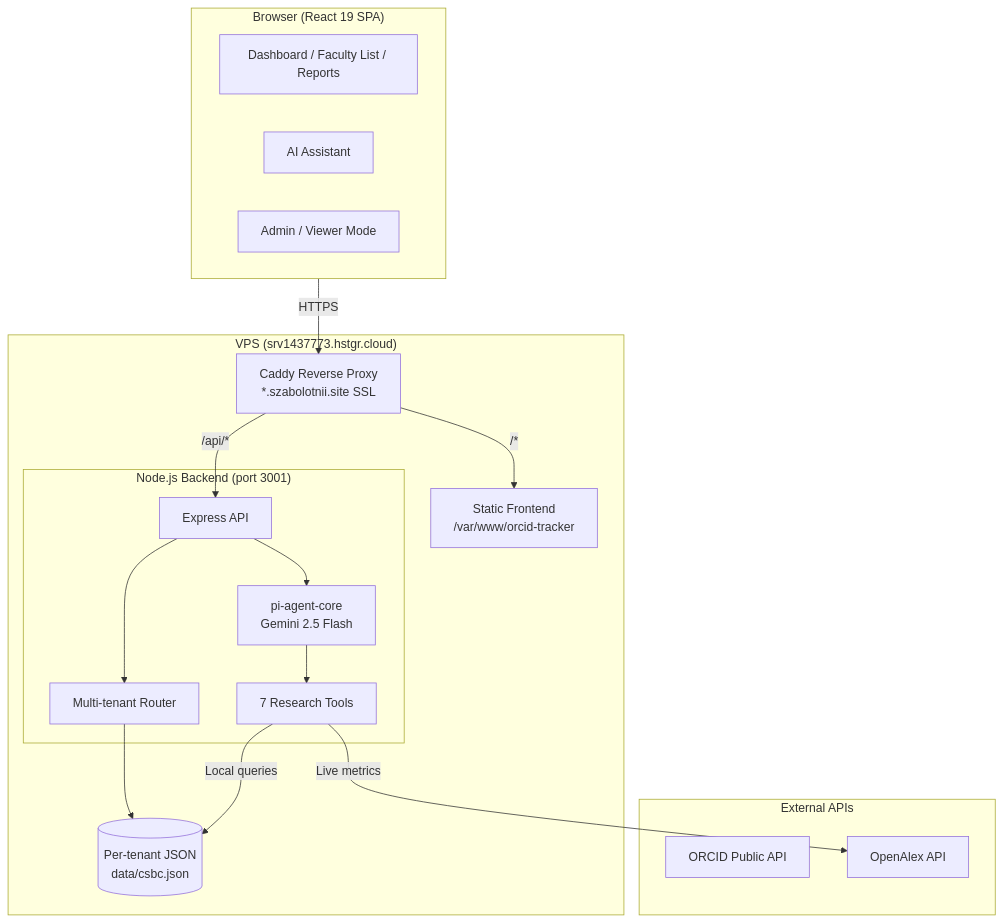
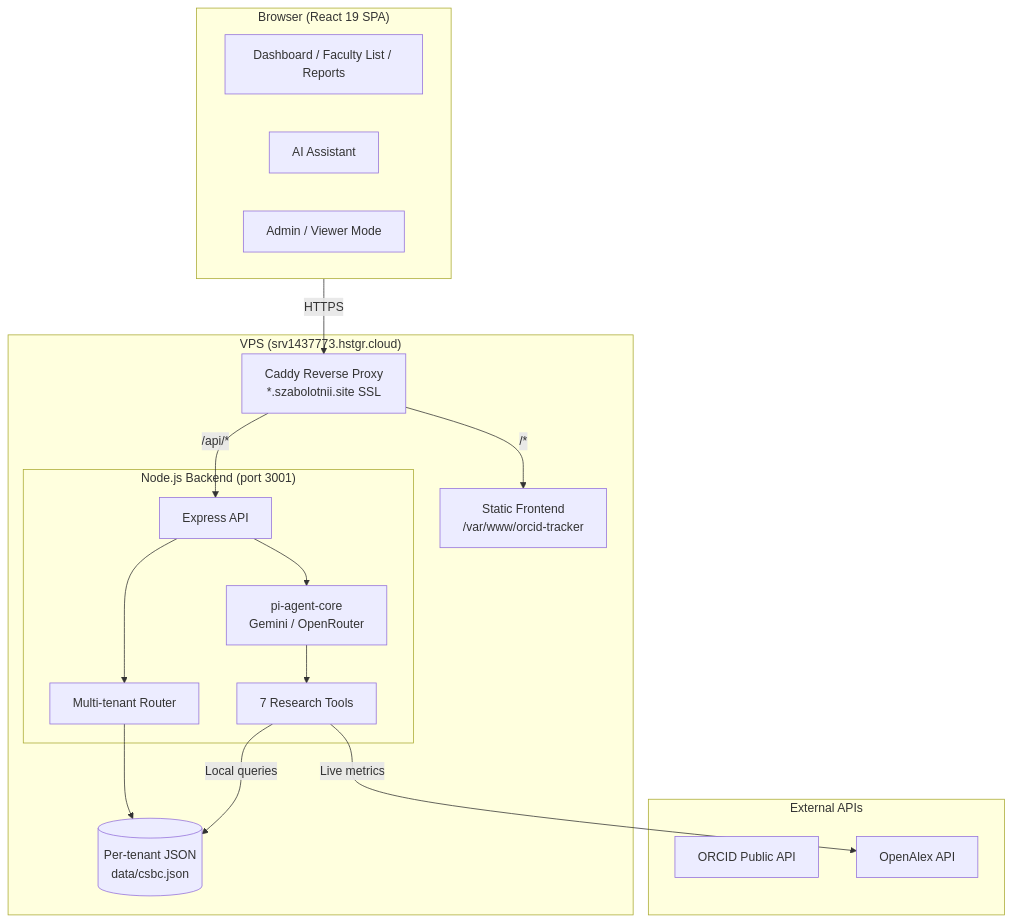
Before and after one commit to SZabolotnii/ORCID-OpenAlex-Research-Aggregator: the first of 3 diagrams in README.md, drawn with Mermaid. The commit also changed other lines of this file and 20 other files, not shown here.

Commit message:
Harden tenant flows and add OpenRouter provider support

````diff
--- a/README.md
+++ b/README.md
@@ -48,35 +48,35 @@
 ```mermaid
 graph TB
     subgraph Browser["Browser (React 19 SPA)"]
         UI[Dashboard / Faculty List / Reports]
         Chat[AI Assistant]
         Auth[Admin / Viewer Mode]
     end
 
     subgraph VPS["VPS (srv1437773.hstgr.cloud)"]
         Caddy[Caddy Reverse Proxy<br/>*.szabolotnii.site SSL]
         subgraph Backend["Node.js Backend (port 3001)"]
             API[Express API]
-            Agent["pi-agent-core<br/>Gemini 2.5 Flash"]
+            Agent["pi-agent-core<br/>Gemini / OpenRouter"]
             Tools["7 Research Tools"]
             Tenants[Multi-tenant Router]
         end
         Data[(Per-tenant JSON<br/>data/csbc.json)]
         Static[Static Frontend<br/>/var/www/orcid-tracker]
     end
 
     subgraph External["External APIs"]
         ORCID[ORCID Public API]
         OA[OpenAlex API]
     end
 
     Browser -->|HTTPS| Caddy
     Caddy -->|/api/*| API
     Caddy -->|/*| Static
     API --> Agent
     Agent --> Tools
     API --> Tenants
     Tenants --> Data
     Tools -->|Live metrics| OA
     Tools -->|Local queries| Data
 ```
````
